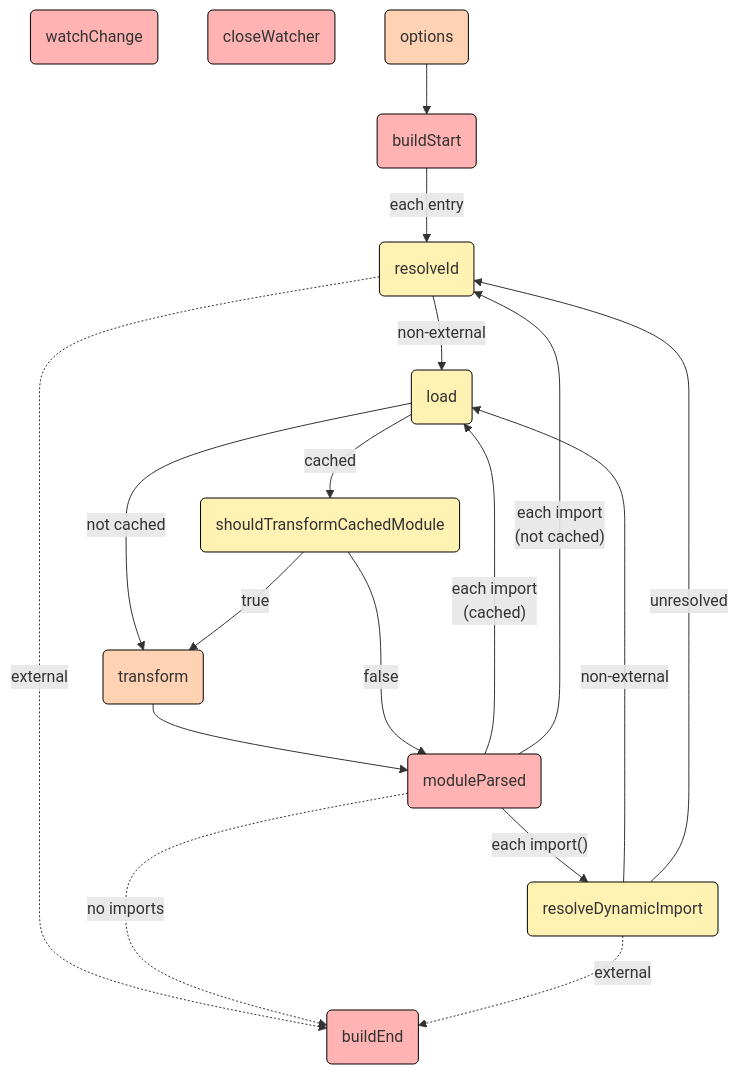
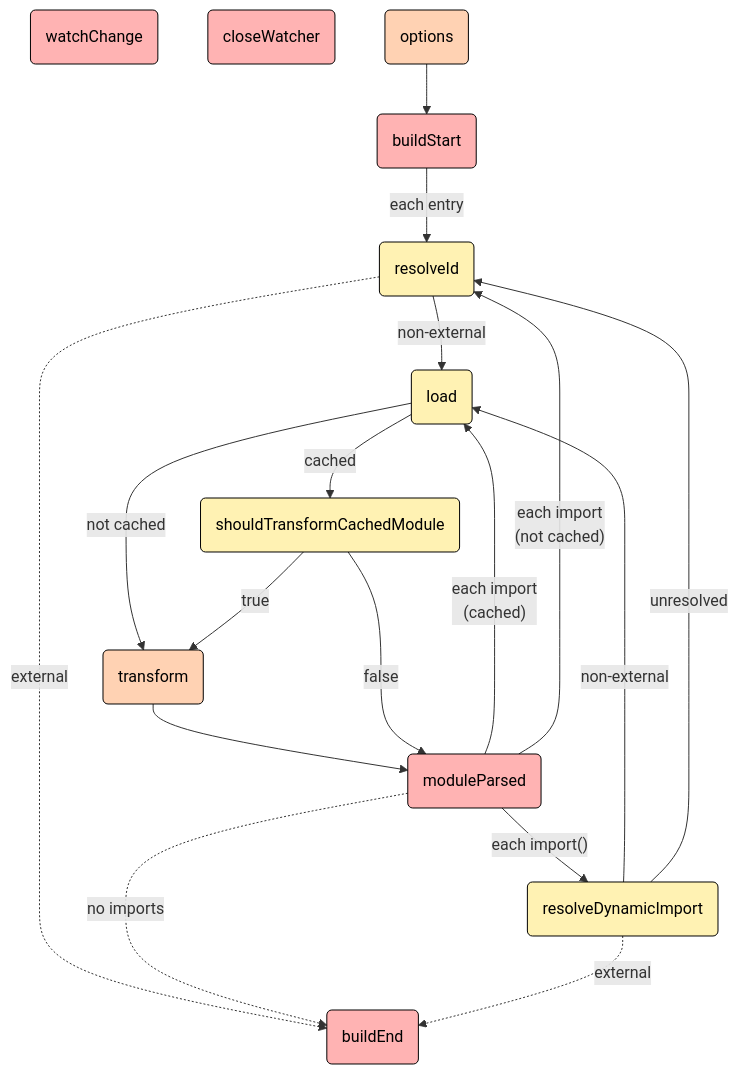
Before and after one commit to yfyrds46suysz/rollup-docs-cn: the diagram in docs/build-hooks.mmd, drawn with Mermaid. The commit also changed 381 other files, not shown here.

```diff
--- a/docs/build-hooks.mmd
+++ b/docs/build-hooks.mmd
@@ -1,73 +1,74 @@
 flowchart TB
+    classDef default fill:transparent, color:#000;
     classDef hook-parallel fill:#ffb3b3,stroke:#000;
     classDef hook-sequential fill:#ffd2b3,stroke:#000;
     classDef hook-first fill:#fff2b3,stroke:#000;
     classDef hook-sequential-sync fill:#ffd2b3,stroke:#f00;
     classDef hook-first-sync fill:#fff2b3,stroke:#f00;
 
 	watchchange("watchChange"):::hook-parallel
 	click watchchange "/guide/en/#watchchange" _parent
 
     closewatcher("closeWatcher"):::hook-parallel
 	click closewatcher "/guide/en/#closewatcher" _parent
 
 	buildend("buildEnd"):::hook-parallel
 	click buildend "/guide/en/#buildend" _parent
 
     buildstart("buildStart"):::hook-parallel
 	click buildstart "/guide/en/#buildstart" _parent
 
 	load("load"):::hook-first
 	click load "/guide/en/#load" _parent
 
 	moduleparsed("moduleParsed"):::hook-parallel
 	click moduleparsed "/guide/en/#moduleparsed" _parent
 
 	options("options"):::hook-sequential
 	click options "/guide/en/#options" _parent
 
 	resolvedynamicimport("resolveDynamicImport"):::hook-first
 	click resolvedynamicimport "/guide/en/#resolvedynamicimport" _parent
 
 	resolveid("resolveId"):::hook-first
 	click resolveid "/guide/en/#resolveid" _parent
 
 	shouldtransformcachedmodule("shouldTransformCachedModule"):::hook-first
 	click shouldtransformcachedmodule "/guide/en/#shouldtransformcachedmodule" _parent
 
 	transform("transform"):::hook-sequential
 	click transform "/guide/en/#transform" _parent
 
     options
     --> buildstart
     --> |each entry|resolveid
     .-> |external|buildend
 
     resolveid
     --> |non-external|load
     --> |not cached|transform
     --> moduleparsed
     .-> |no imports|buildend
 
     load
     --> |cached|shouldtransformcachedmodule
     --> |false|moduleparsed
 
     shouldtransformcachedmodule
     --> |true|transform
 
     moduleparsed
     --> |"each import()"|resolvedynamicimport
     --> |non-external|load
 
     moduleparsed
     --> |"each import\n(cached)"|load
 
     moduleparsed
     --> |"each import\n(not cached)"|resolveid
 
     resolvedynamicimport
     .-> |external|buildend
 
     resolvedynamicimport
     --> |unresolved|resolveid
```
